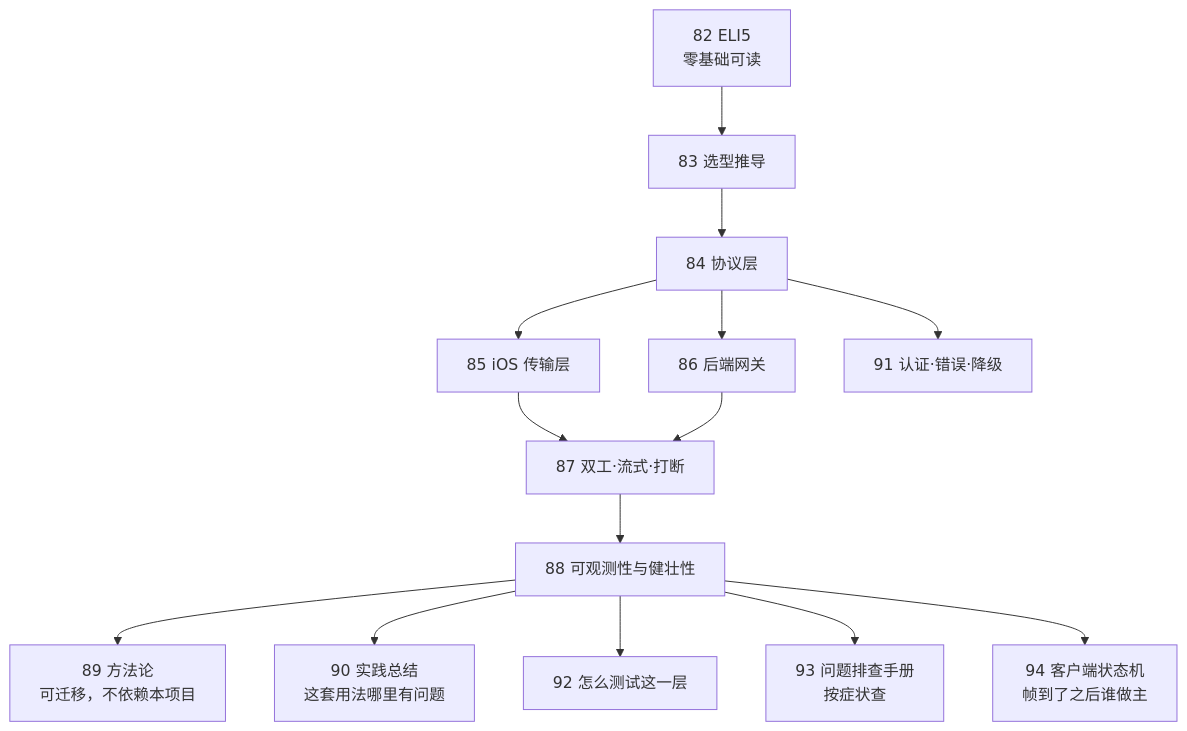
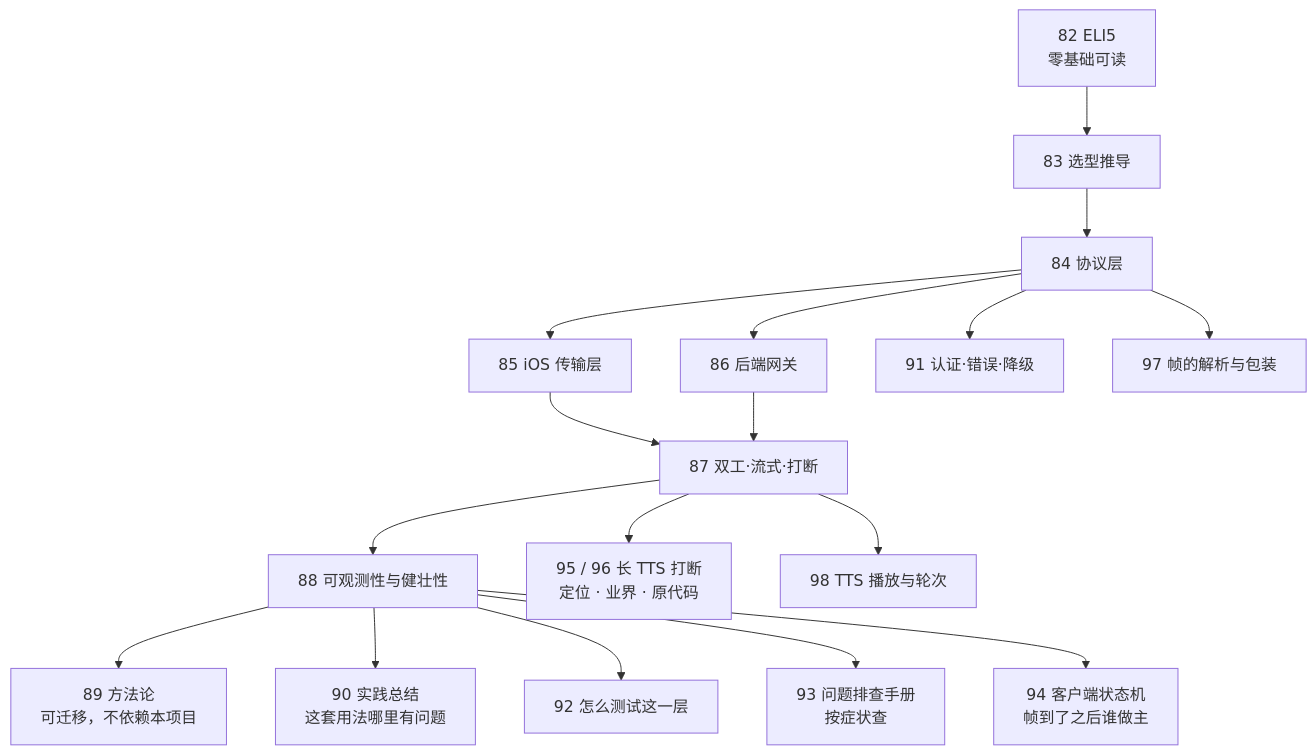
Before and after one commit to FluentWork/fluentwork-meta: the second of 2 diagrams in docs/30_技术方案/81_WSS系列_00_导读_全景图与术语表.md, drawn with Mermaid. The commit also changed other lines of this file and 9 other files, not shown here.

````diff
--- a/docs/30_技术方案/81_WSS系列_00_导读_全景图与术语表.md
+++ b/docs/30_技术方案/81_WSS系列_00_导读_全景图与术语表.md
@@ -170,16 +173,19 @@
 ```mermaid
 flowchart TB
     E["82 ELI5<br/>零基础可读"] --> S["83 选型推导"]
     S --> P["84 协议层"]
     P --> IOS["85 iOS 传输层"]
     P --> GW["86 后端网关"]
     IOS --> D["87 双工·流式·打断"]
     GW --> D
     D --> O["88 可观测性与健壮性"]
     O --> M["89 方法论<br/>可迁移，不依赖本项目"]
     O --> R["90 实践总结<br/>这套用法哪里有问题"]
     P --> A["91 认证·错误·降级"]
     O --> T["92 怎么测试这一层"]
     O --> D2["93 问题排查手册<br/>按症状查"]
     O --> SM["94 客户端状态机<br/>帧到了之后谁做主"]
+    D --> LTTS["95 / 96 长 TTS 打断<br/>定位 · 业界 · 原代码"]
+    P --> FR["97 帧的解析与包装"]
+    D --> PLAY["98 TTS 播放与轮次"]
 ```
````
